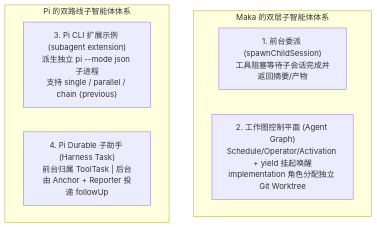
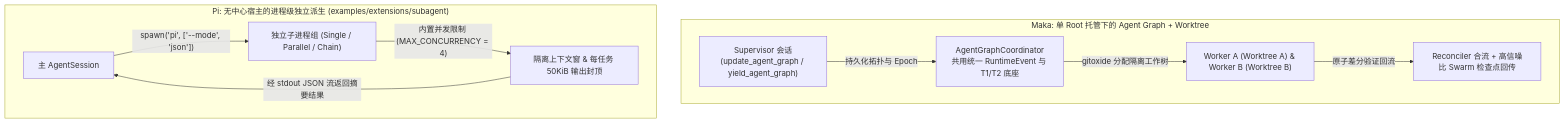
The diagram in maka-agent-infra/07-comparison/subagent-design.md (suger-m/agent-infrastructure-docs), drawn with Mermaid before and after one commit. The commit also changed other lines of this file and 33 other files, not shown here.

Commit message:
docs(ts): overhaul all 32 TS architecture chapters in razor-sharp microkernel style & polish Rust foundations

````diff
--- a/maka-agent-infra/07-comparison/subagent-design.md
+++ b/maka-agent-infra/07-comparison/subagent-design.md
@@ -19,12 +17,14 @@
 ```mermaid
 flowchart TB
-    subgraph MakaModes["Maka 的双层子智能体体系"]
-        MF["1. 前台委派 (spawnChildSession)<br/>工具阻塞等待子会话完成并返回摘要/产物"]
-        MG["2. 工作图控制平面 (Agent Graph)<br/>Schedule/Operator/Activation + yield 挂起唤醒<br/>implementation 角色分配独立 Git Worktree"]
+    subgraph MakaPath["Maka: 单 Root 托管下的 Agent Graph + Worktree"]
+        MSup["Supervisor 会话<br/>(update_agent_graph / yield_agent_graph)"] -->|"持久化拓扑与 Epoch"| MCoord["AgentGraphCoordinator<br/>共用统一 RuntimeEvent 与 T1/T2 底座"]
+        MCoord -->|"gitoxide 分配隔离工作树"| MWT["Worker A (Worktree A) & Worker B (Worktree B)"]
+        MWT -->|"原子差分验证回流"| MMerge["Reconciler 合流 + 高信噪比 Swarm 检查点回传"]
     end
 
-    subgraph PiModes["Pi 的双路线子智能体体系"]
-        PE["3. Pi CLI 扩展示例 (subagent extension)<br/>派生独立 pi --mode json 子进程<br/>支持 single / parallel / chain {previous}"]
-        PD["4. Pi Durable 子助手 (Harness Task)<br/>前台归属 ToolTask | 后台由 Anchor + Reporter 投递 followUp"]
+    subgraph PiPath["Pi: 无中心宿主的进程级独立派生 (examples/extensions/subagent)"]
+        PParent["主 AgentSession"] -->|"spawn('pi', ['--mode', 'json'])"| PChild["独立子进程组 (Single / Parallel / Chain)"]
+        PChild -->|"内置并发限制 (MAX_CONCURRENCY = 4)"| PCap["隔离上下文窗 & 每任务 50KiB 输出封顶"]
+        PCap -->|"经 stdout JSON 流返回摘要结果"| PParent
     end
 ```
````
